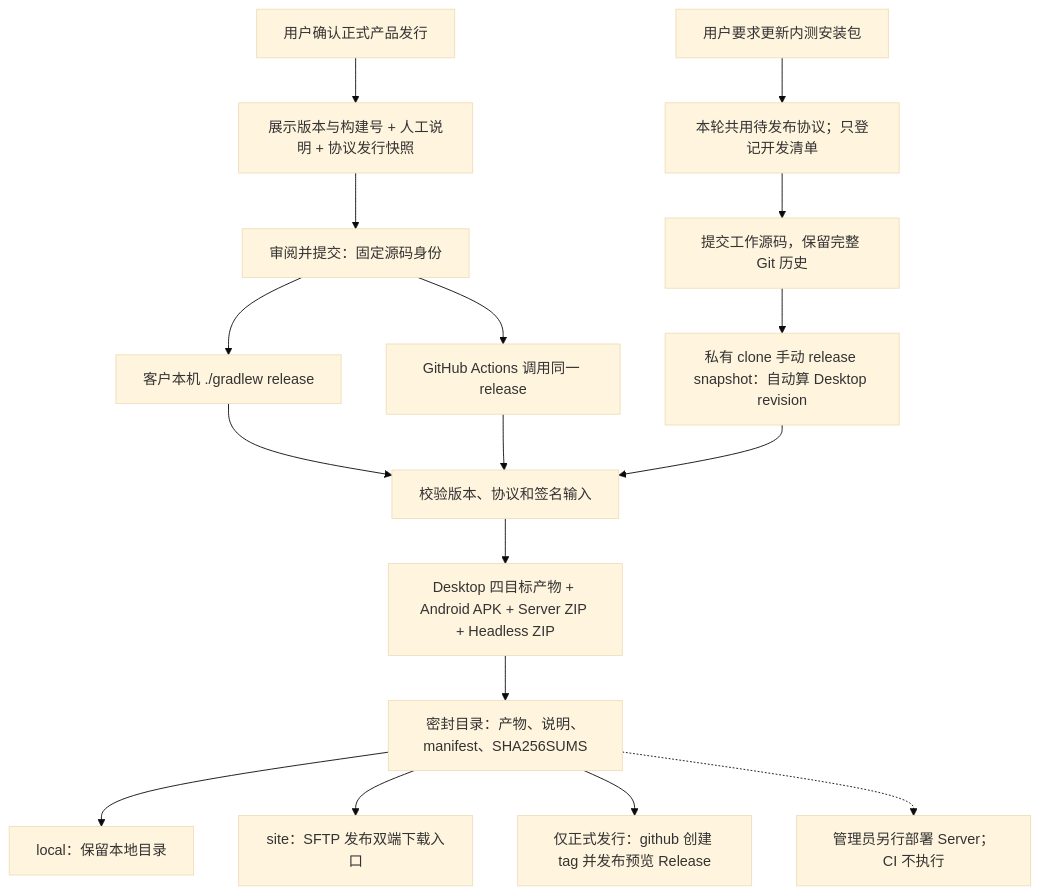
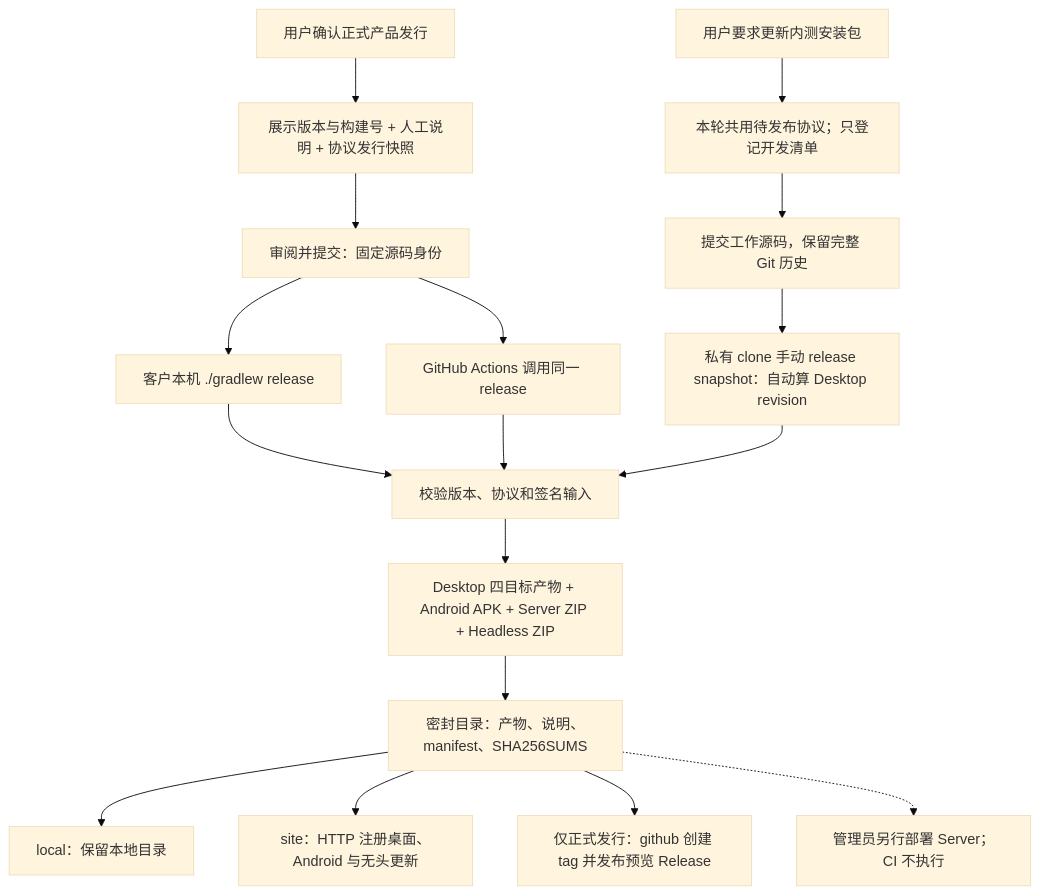
One commit to virjar/team-talk changed the diagram in doc/07-operations/releasing.md. Above: the diagram before and after it, drawn with Mermaid (base theme). The commit also changed other lines of this file and 44 other files, not shown here.

````diff
--- a/doc/07-operations/releasing.md
+++ b/doc/07-operations/releasing.md
@@ -41,19 +41,19 @@
 ```mermaid
 flowchart TD
     Approval["用户确认正式产品发行"] --> Root
     Root["展示版本与构建号 + 人工说明 + 协议发行快照"] --> Commit["审阅并提交：固定源码身份"]
     TestApproval["用户要求更新内测安装包"] --> Snapshot["本轮共用待发布协议；只登记开发清单"]
     Snapshot --> SnapshotCommit["提交工作源码，保留完整 Git 历史"]
     SnapshotCommit --> SnapshotTask["私有 clone 手动 release snapshot：自动算 Desktop revision"]
     Commit --> Local["客户本机 ./gradlew release"]
     Commit --> CI["GitHub Actions 调用同一 release"]
     Local --> Verify["校验版本、协议和签名输入"]
     CI --> Verify
     SnapshotTask --> Verify
     Verify --> Producers["Desktop 四目标产物 + Android APK + Server ZIP + Headless ZIP"]
     Producers --> Seal["密封目录：产物、说明、manifest、SHA256SUMS"]
     Seal --> Disk["local：保留本地目录"]
-    Seal --> Site["site：SFTP 发布双端下载入口"]
+    Seal --> Site["site：HTTP 注册桌面、Android 与无头更新"]
     Seal --> GitHub["仅正式发行：github 创建 tag 并发布预览 Release"]
     Seal -.-> Admin["管理员另行部署 Server；CI 不执行"]
 ```
````
